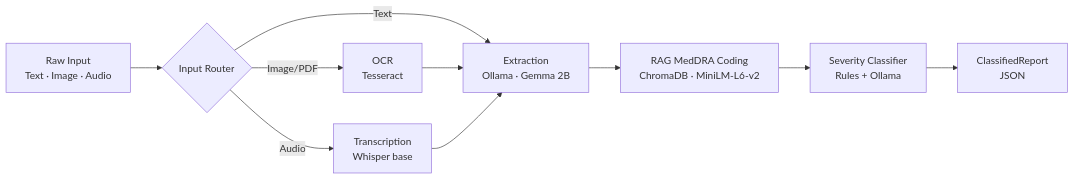
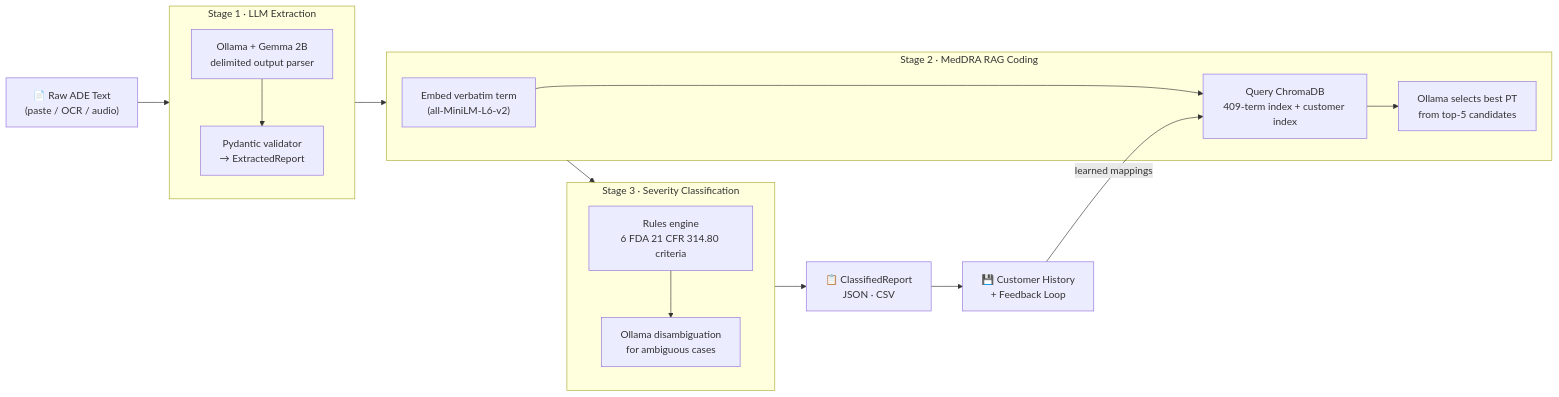
Before and after one commit to SuvayanR07/Vigil: the diagram in README.md, drawn with Mermaid. The commit also changed other lines of this file, not shown here.

First line of the commit message:
docs: rewrite README with full business case, architecture, and validation

````diff
--- a/README.md
+++ b/README.md
@@ -33,12 +88,32 @@
 ```mermaid
 flowchart LR
-    A[Raw Input<br/>Text · Image · Audio] --> B{Input Router}
-    B -->|Text| D[Extraction<br/>Ollama · Gemma 2B]
-    B -->|Image/PDF| C1[OCR<br/>Tesseract]
-    B -->|Audio| C2[Transcription<br/>Whisper base]
-    C1 --> D
-    C2 --> D
-    D --> E[RAG MedDRA Coding<br/>ChromaDB · MiniLM-L6-v2]
-    E --> F[Severity Classifier<br/>Rules + Ollama]
-    F --> G[ClassifiedReport<br/>JSON]
+    A["📄 Raw ADE Text\n(paste / OCR / audio)"] --> B
+
+    subgraph B["Stage 1 · LLM Extraction"]
+        B1["Ollama + Gemma 2B\ndelimited output parser"]
+        B2["Pydantic validator\n→ ExtractedReport"]
+        B1 --> B2
+    end
+
+    B --> C
+
+    subgraph C["Stage 2 · MedDRA RAG Coding"]
+        C1["Embed verbatim term\n(all-MiniLM-L6-v2)"]
+        C2["Query ChromaDB\n409-term index + customer index"]
+        C3["Ollama selects best PT\nfrom top-5 candidates"]
+        C1 --> C2 --> C3
+    end
+
+    C --> D
+
+    subgraph D["Stage 3 · Severity Classification"]
+        D1["Rules engine\n6 FDA 21 CFR 314.80 criteria"]
+        D2["Ollama disambiguation\nfor ambiguous cases"]
+        D1 --> D2
+    end
+
+    D --> E["📋 ClassifiedReport\nJSON · CSV"]
+
+    E --> F["💾 Customer History\n+ Feedback Loop"]
+    F -->|"learned mappings"| C2
 ```
````
